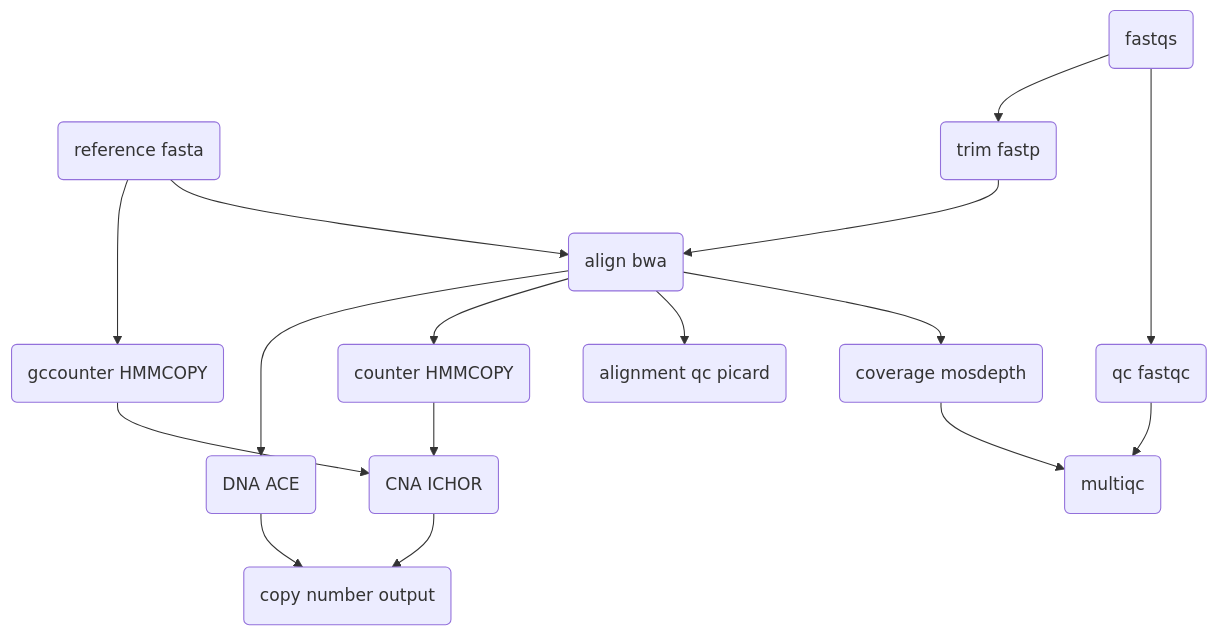
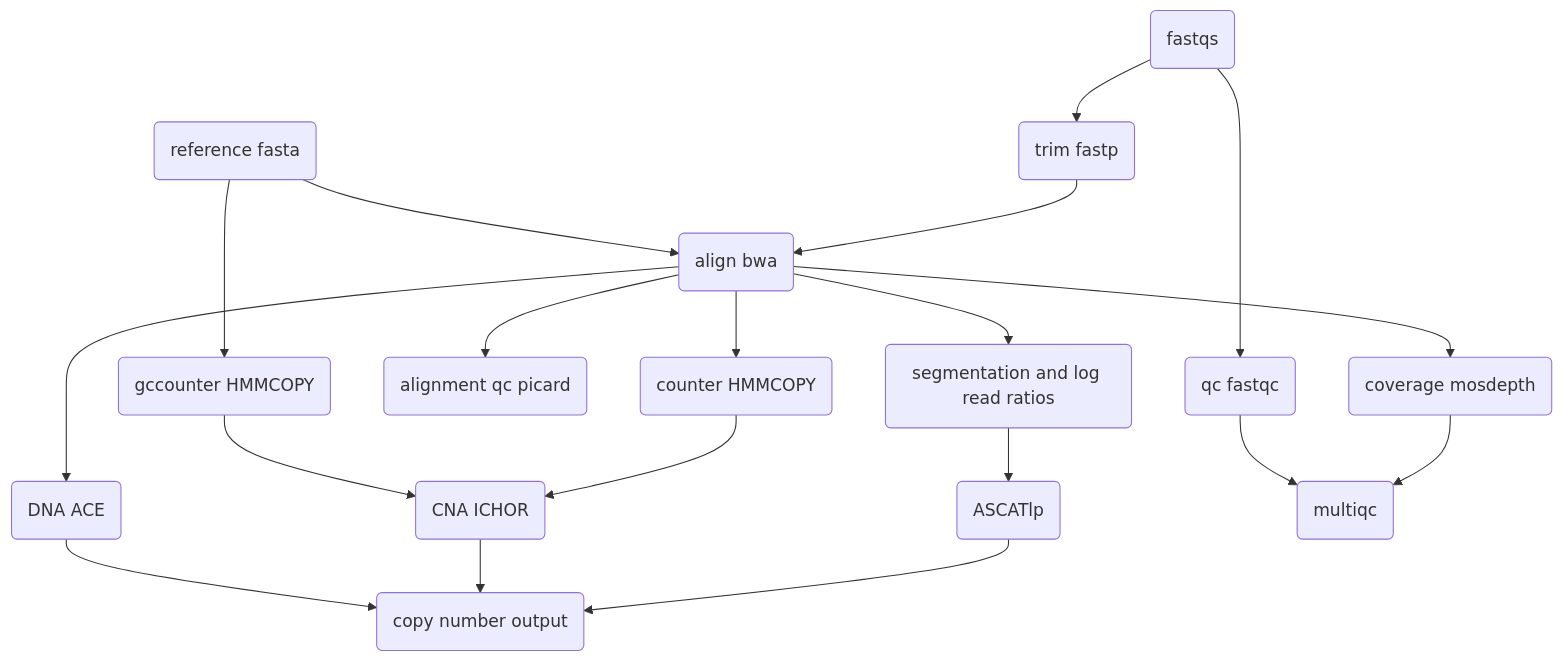
Before and after one commit to chelauk/lp-wgs: the diagram in README.md, drawn with Mermaid. The commit also changed other lines of this file, not shown here.

````diff
--- a/README.md
+++ b/README.md
@@ -60,20 +60,23 @@
 ```mermaid
 flowchart TD
 step1(reference fasta)
 step2(fastqs)
 step2-->step3(qc fastqc)
 step2-->step4(trim fastp)
 step1-->step5(align bwa)
 step4-->step5(align bwa)
 step5-->step6(coverage mosdepth)
 step5-->step7(alignment qc picard)
 step1-->step13(gccounter HMMCOPY)
 step5-->step8(counter HMMCOPY)
 step13-->step9(CNA ICHOR)
 step8-->step9(CNA ICHOR)
 step5-->step10(DNA ACE)
+step5-->step14(segmentation and log read ratios)
 step10-->step11(copy number output)
 step9-->step11(copy number output)
+step14-->step15(ASCATlp)
+step15-->step11(copy number output)
 step3-->step12(multiqc)
 step6-->step12(multiqc)
 ```
````
